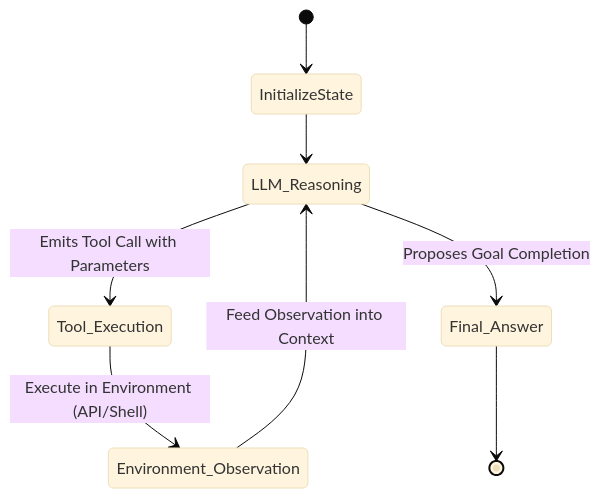
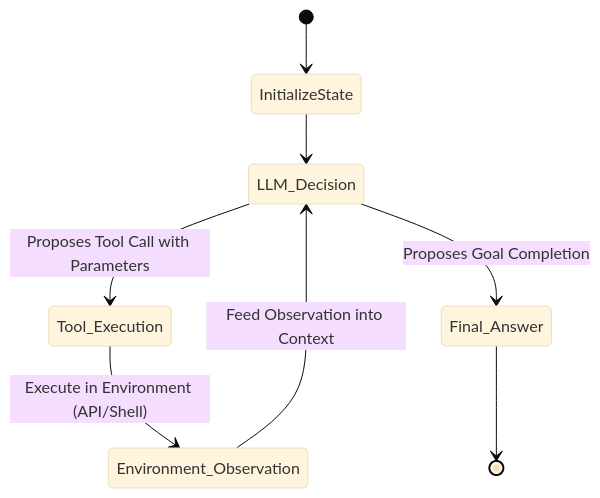
One commit to sivaskm/agentic-ai-engineering changed diagram 11 of 14 in module-01-agentic-ai-foundations/content/01-from-generative-ai-to-agentic-control-loops.md. Above: the diagram before and after it, drawn with Mermaid (base theme). The commit also changed other lines of this file and 8 other files, not shown here.

````diff
--- a/module-01-agentic-ai-foundations/content/01-from-generative-ai-to-agentic-control-loops.md
+++ b/module-01-agentic-ai-foundations/content/01-from-generative-ai-to-agentic-control-loops.md
@@ -323,12 +347,12 @@
 ```mermaid
 stateDiagram-v2
     [*] --> InitializeState
-    InitializeState --> LLM_Reasoning
-    
-    LLM_Reasoning --> Tool_Execution: Emits Tool Call with Parameters
+    InitializeState --> LLM_Decision
+
+    LLM_Decision --> Tool_Execution: Proposes Tool Call with Parameters
     Tool_Execution --> Environment_Observation: Execute in Environment (API/Shell)
-    Environment_Observation --> LLM_Reasoning: Feed Observation into Context
-    
-    LLM_Reasoning --> Final_Answer: Proposes Goal Completion
+    Environment_Observation --> LLM_Decision: Feed Observation into Context
+
+    LLM_Decision --> Final_Answer: Proposes Goal Completion
     Final_Answer --> [*]
 ```
````
